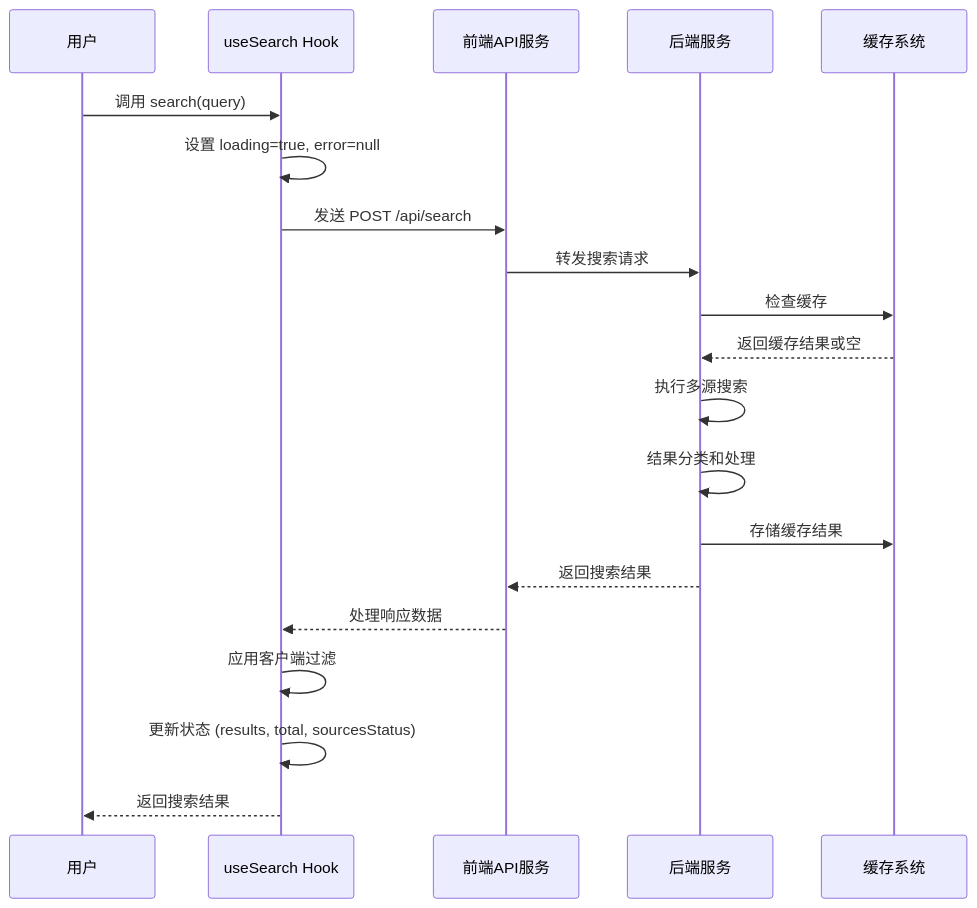
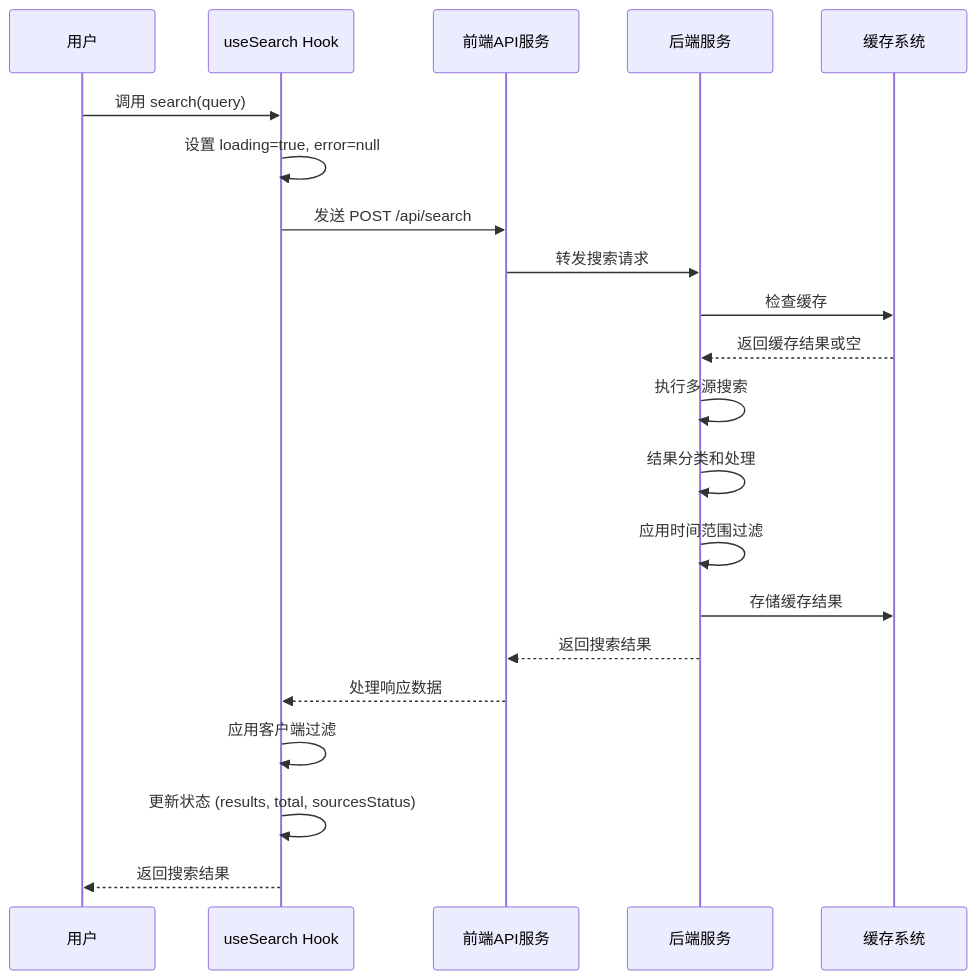
Before and after one commit to wangdy21/search_is_all_you_need: the second of 10 diagrams in .qoder/repowiki/zh/content/系统架构设计/前端架构设计/状态管理与自定义Hook/useSearch Hook - 搜索状态管理.md, drawn with Mermaid. The commit also changed other lines of this file and 11 other files, not shown here.

````diff
--- a/.qoder/repowiki/zh/content/系统架构设计/前端架构设计/状态管理与自定义Hook/useSearch Hook - 搜索状态管理.md
+++ b/.qoder/repowiki/zh/content/系统架构设计/前端架构设计/状态管理与自定义Hook/useSearch Hook - 搜索状态管理.md
@@ -106,22 +120,23 @@
 ```mermaid
 sequenceDiagram
 participant User as 用户
 participant Hook as useSearch Hook
 participant API as 前端API服务
 participant Backend as 后端服务
 participant Cache as 缓存系统
 User->>Hook : 调用 search(query)
 Hook->>Hook : 设置 loading=true, error=null
 Hook->>API : 发送 POST /api/search
 API->>Backend : 转发搜索请求
 Backend->>Cache : 检查缓存
 Cache-->>Backend : 返回缓存结果或空
 Backend->>Backend : 执行多源搜索
 Backend->>Backend : 结果分类和处理
+Backend->>Backend : 应用时间范围过滤
 Backend->>Cache : 存储缓存结果
 Backend-->>API : 返回搜索结果
 API-->>Hook : 处理响应数据
 Hook->>Hook : 应用客户端过滤
 Hook->>Hook : 更新状态 (results, total, sourcesStatus)
 Hook-->>User : 返回搜索结果
 ```
````
